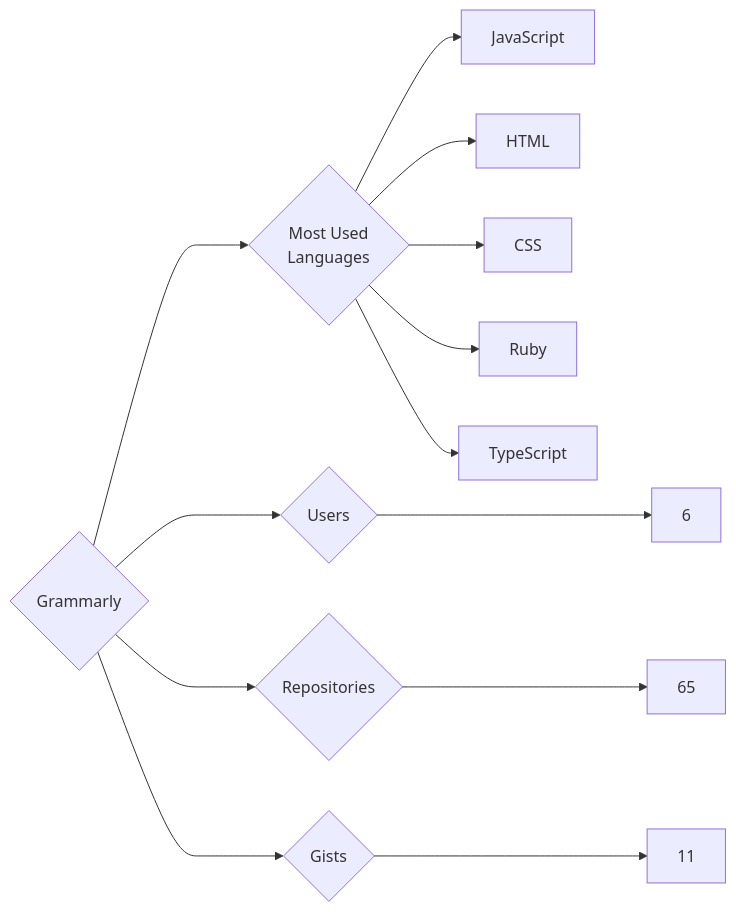
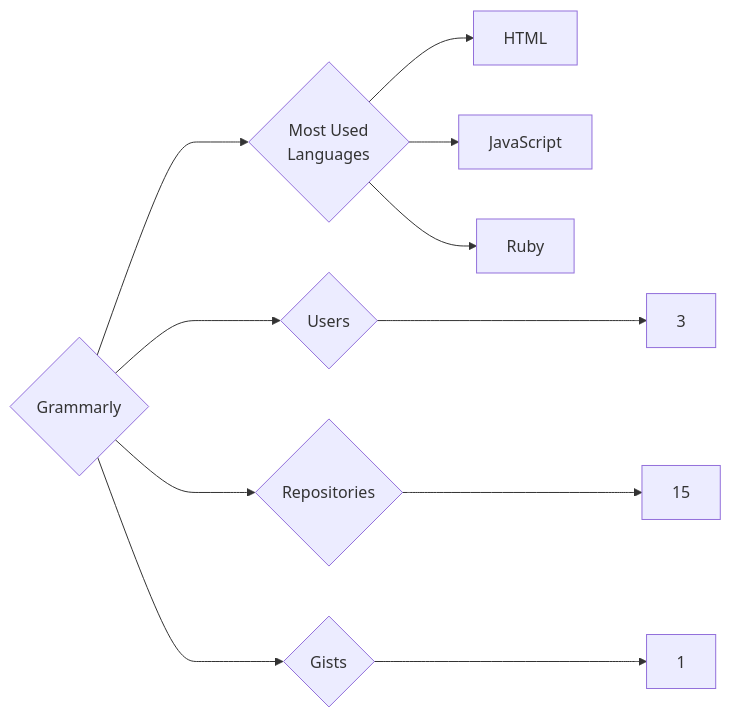
One commit to trickest/insiders changed the diagram in targets/Grammarly/README.md. Above: the diagram before and after it, drawn with Mermaid. The commit also changed 988 other files, not shown here.

````diff
--- a/targets/Grammarly/README.md
+++ b/targets/Grammarly/README.md
@@ -3,13 +3,11 @@
 ```mermaid
 graph LR
 COMPANY_NAME{Grammarly}
-COMPANY_NAME ---> U{Users} ---> UN[6]
-COMPANY_NAME ---> R{Repositories} ---> RN[65]
-COMPANY_NAME ---> G{Gists} ---> GN[11]
+COMPANY_NAME ---> U{Users} ---> UN[3]
+COMPANY_NAME ---> R{Repositories} ---> RN[15]
+COMPANY_NAME ---> G{Gists} ---> GN[1]
 COMPANY_NAME ---> ML{Most Used<br>Languages}
+ML --> HTML[HTML]
 ML --> JavaScript[JavaScript]
-ML --> HTML[HTML]
-ML --> CSS[CSS]
 ML --> Ruby[Ruby]
-ML --> TypeScript[TypeScript]
 ```
````
